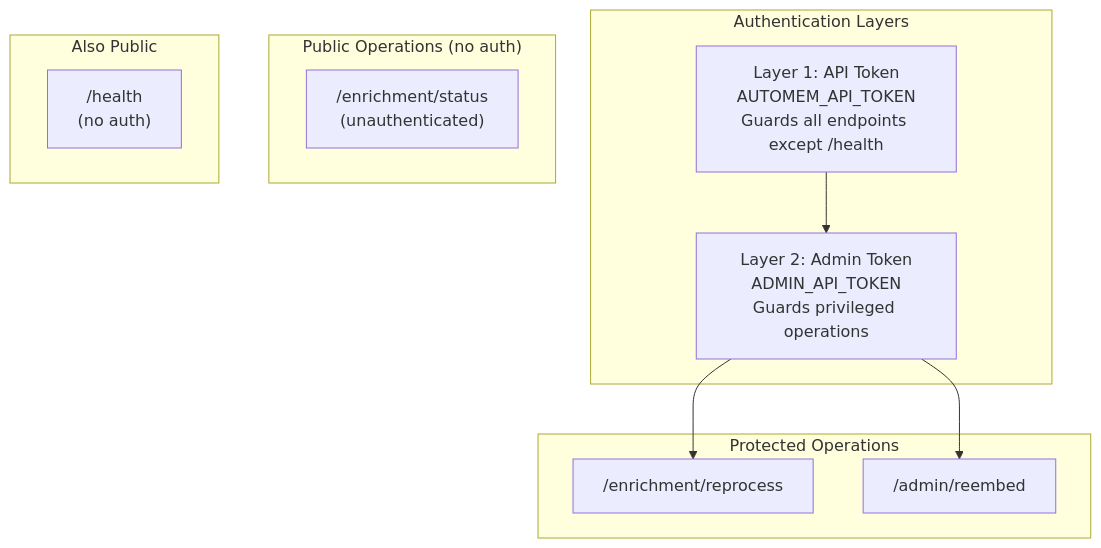
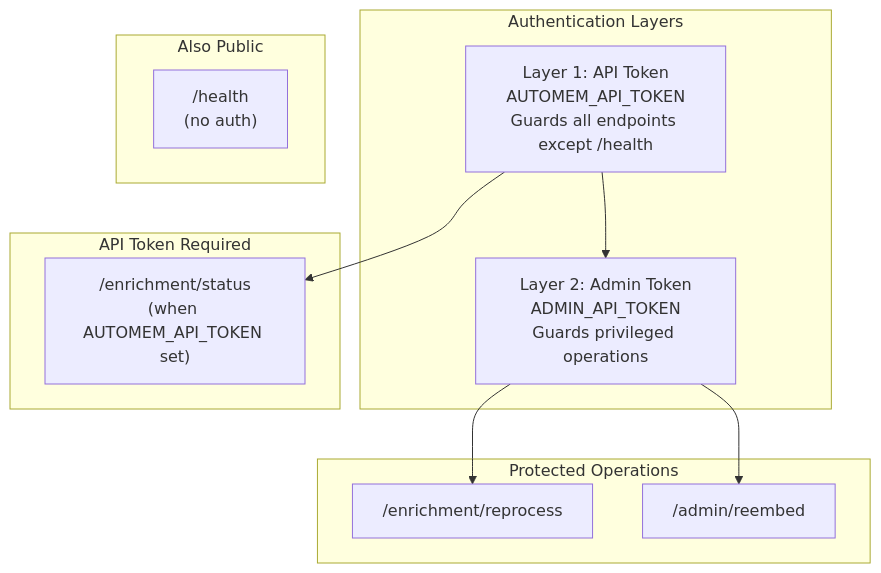
One commit to verygoodplugins/automem-website changed the first of 3 diagrams in src/content/docs/docs/reference/api/admin.md. Above: the diagram before and after it, drawn with Mermaid. The commit also changed other lines of this file, not shown here.

````diff
--- a/src/content/docs/docs/reference/api/admin.md
+++ b/src/content/docs/docs/reference/api/admin.md
@@ -35,24 +35,25 @@
 ```mermaid
 graph TB
     subgraph "Authentication Layers"
         Layer1["Layer 1: API Token<br/>AUTOMEM_API_TOKEN<br/>Guards all endpoints except /health"]
         Layer2["Layer 2: Admin Token<br/>ADMIN_API_TOKEN<br/>Guards privileged operations"]
     end
 
     subgraph "Protected Operations"
         Reprocess["/enrichment/reprocess"]
         Reembed["/admin/reembed"]
     end
 
-    subgraph "Public Operations (no auth)"
-        Status["/enrichment/status<br/>(unauthenticated)"]
-    end
-
     subgraph "Also Public"
         Health["/health<br/>(no auth)"]
     end
 
+    subgraph "API Token Required"
+        Status["/enrichment/status<br/>(when AUTOMEM_API_TOKEN set)"]
+    end
+
     Layer1-->Layer2
+    Layer1-->Status
     Layer2-->Reprocess
     Layer2-->Reembed
 ```
````
